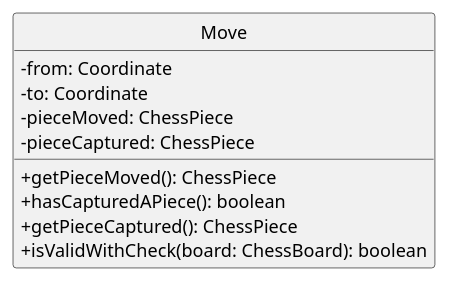
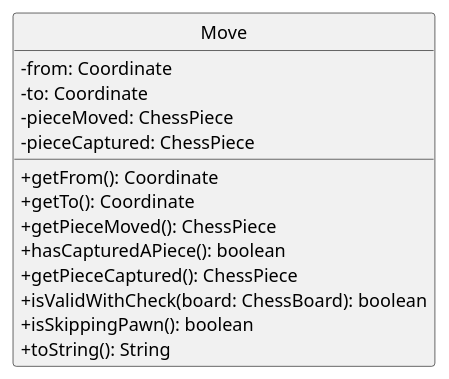
The diagram in docs/diagrams/MoveClass.puml (onx001/tp), drawn with PlantUML before and after one commit. The commit also changed 8 other files, not shown here.

```diff
--- a/docs/diagrams/MoveClass.puml
+++ b/docs/diagrams/MoveClass.puml
@@ -1,15 +1,20 @@
 @startuml
 hide circle
 skinparam classAttributeIconSize 0
 
 class Move {
   - from: Coordinate
   - to: Coordinate
   - pieceMoved: ChessPiece
   - pieceCaptured: ChessPiece
+
+  + getFrom(): Coordinate
+  + getTo(): Coordinate
   + getPieceMoved(): ChessPiece
   + hasCapturedAPiece(): boolean
   + getPieceCaptured(): ChessPiece
   + isValidWithCheck(board: ChessBoard): boolean
+  + isSkippingPawn(): boolean
+  + toString(): String
 }
 @enduml
```
